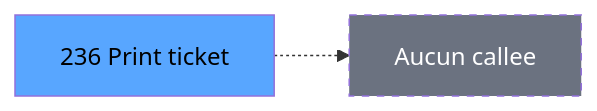
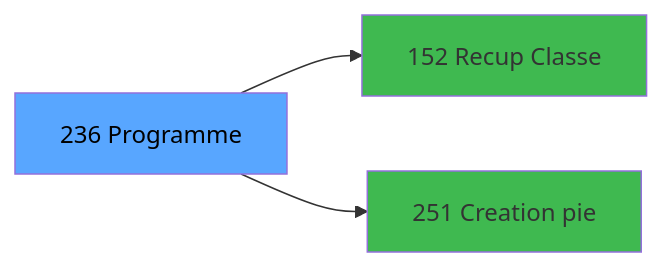
The third of 3 diagrams in .openspec/renders/ADH-IDE-236.md (thonyAGP/lecteur-magic), drawn with Mermaid before and after one commit. The commit also changed other lines of this file and 325 other files, not shown here.

````diff
--- a/.openspec/renders/ADH-IDE-236.md
+++ b/.openspec/renders/ADH-IDE-236.md
@@ -218,10 +170,11 @@
 ```mermaid
 graph LR
-    T[236 Print ticket]
-    NONE[Aucun callee]
-
-    T -.-> NONE
-
+    T[236 Programme]
+    C152[152 Recup Classe]
+    T --> C152
+    C251[251 Creation pie]
+    T --> C251
     style T fill:#58a6ff,color:#000
-    style NONE fill:#6b7280,color:#fff,stroke-dasharray: 5 5
+    style C152 fill:#3fb950
+    style C251 fill:#3fb950
 ```
````
